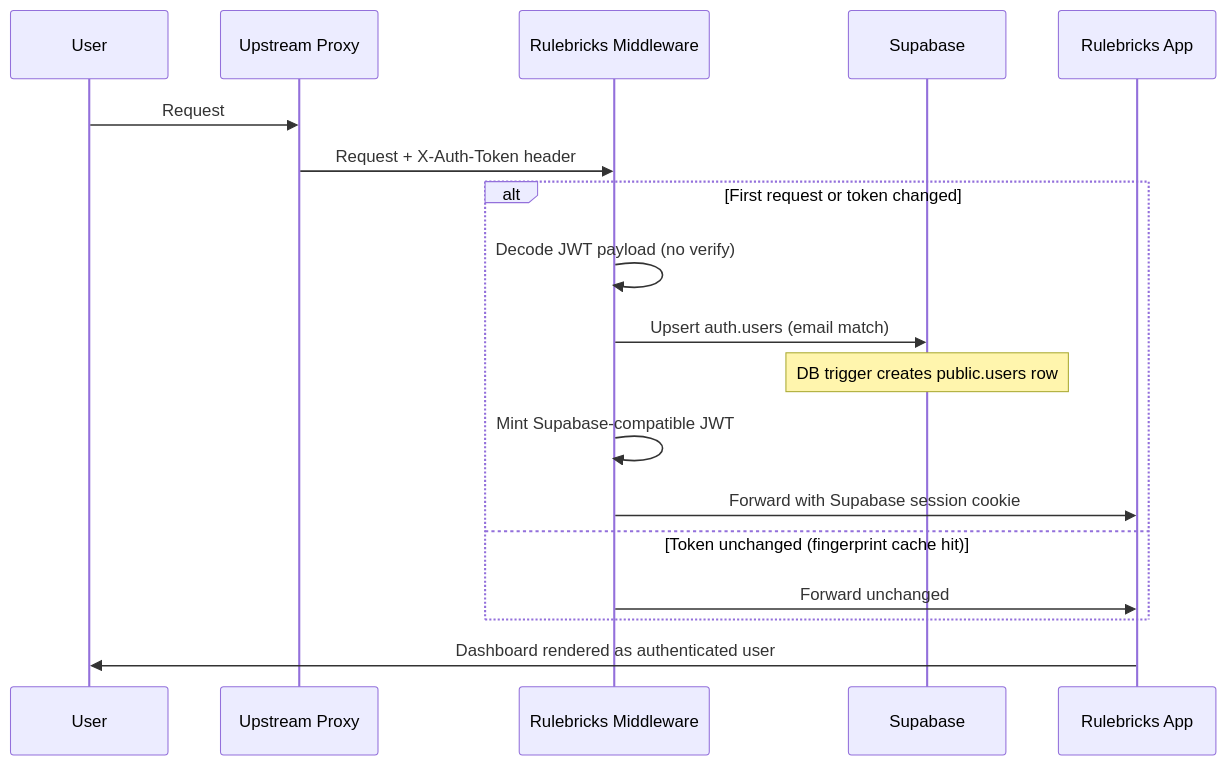
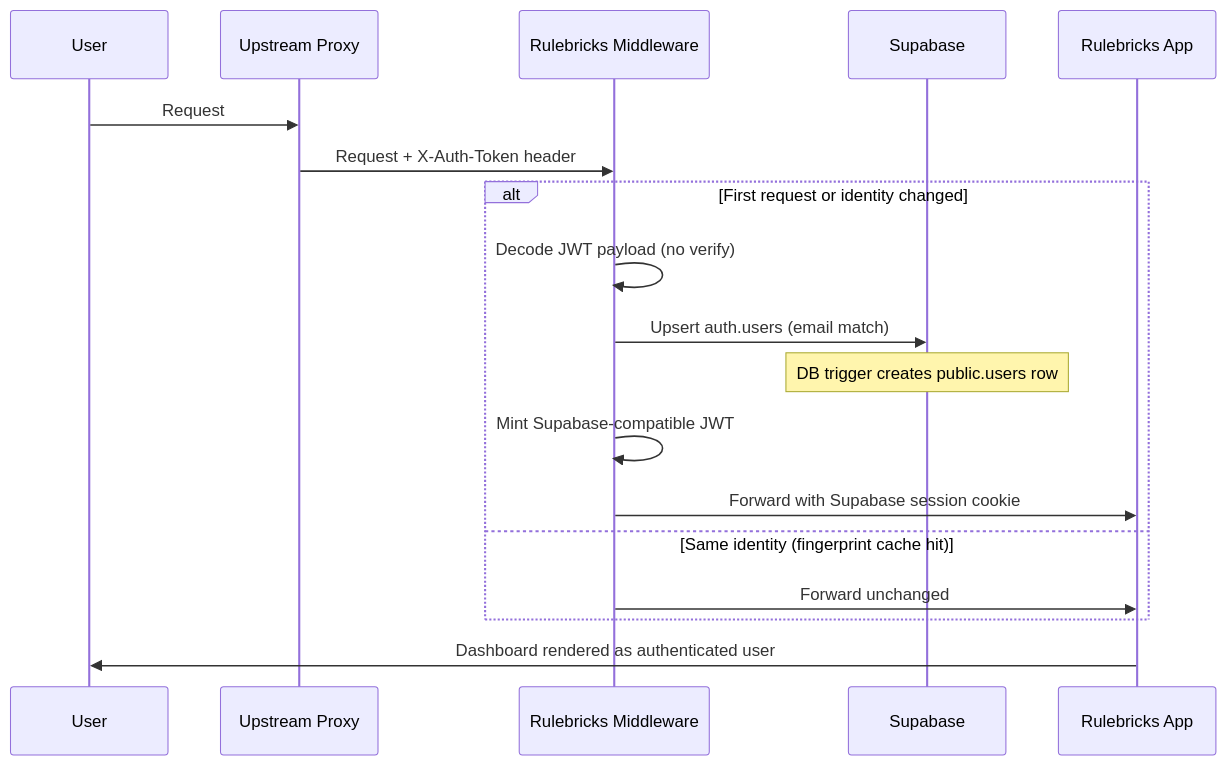
One commit to rulebricks/docs changed the diagram in pages/private-deployment/authentication/token-passthrough.mdx. Above: the diagram before and after it, drawn with Mermaid. The commit also changed other lines of this file and 21 other files, not shown here.

````diff
--- a/pages/private-deployment/authentication/token-passthrough.mdx
+++ b/pages/private-deployment/authentication/token-passthrough.mdx
@@ -23,21 +23,21 @@
 ```mermaid
 sequenceDiagram
     participant User
     participant Proxy as Upstream Proxy
     participant MW as Rulebricks Middleware
     participant SB as Supabase
     participant App as Rulebricks App
 
     User->>Proxy: Request
     Proxy->>MW: Request + X-Auth-Token header
-    alt First request or token changed
+    alt First request or identity changed
         MW->>MW: Decode JWT payload (no verify)
         MW->>SB: Upsert auth.users (email match)
         Note over SB: DB trigger creates public.users row
         MW->>MW: Mint Supabase-compatible JWT
         MW->>App: Forward with Supabase session cookie
-    else Token unchanged (fingerprint cache hit)
+    else Same identity (fingerprint cache hit)
         MW->>App: Forward unchanged
     end
     App->>User: Dashboard rendered as authenticated user
 ```
````
